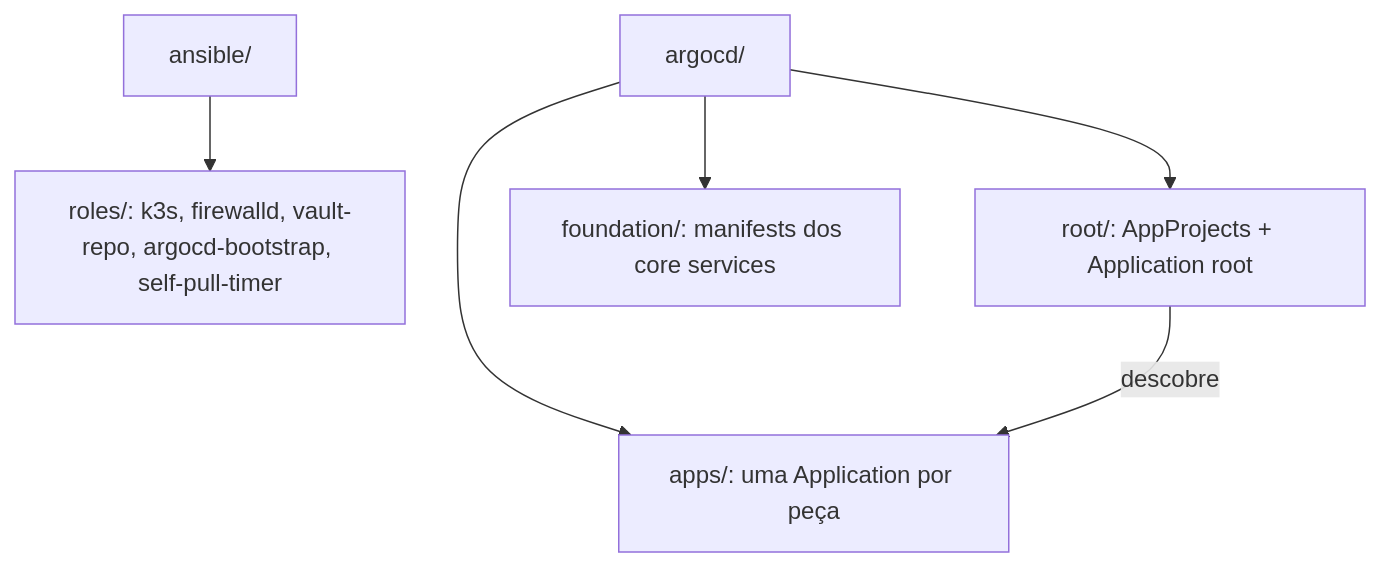
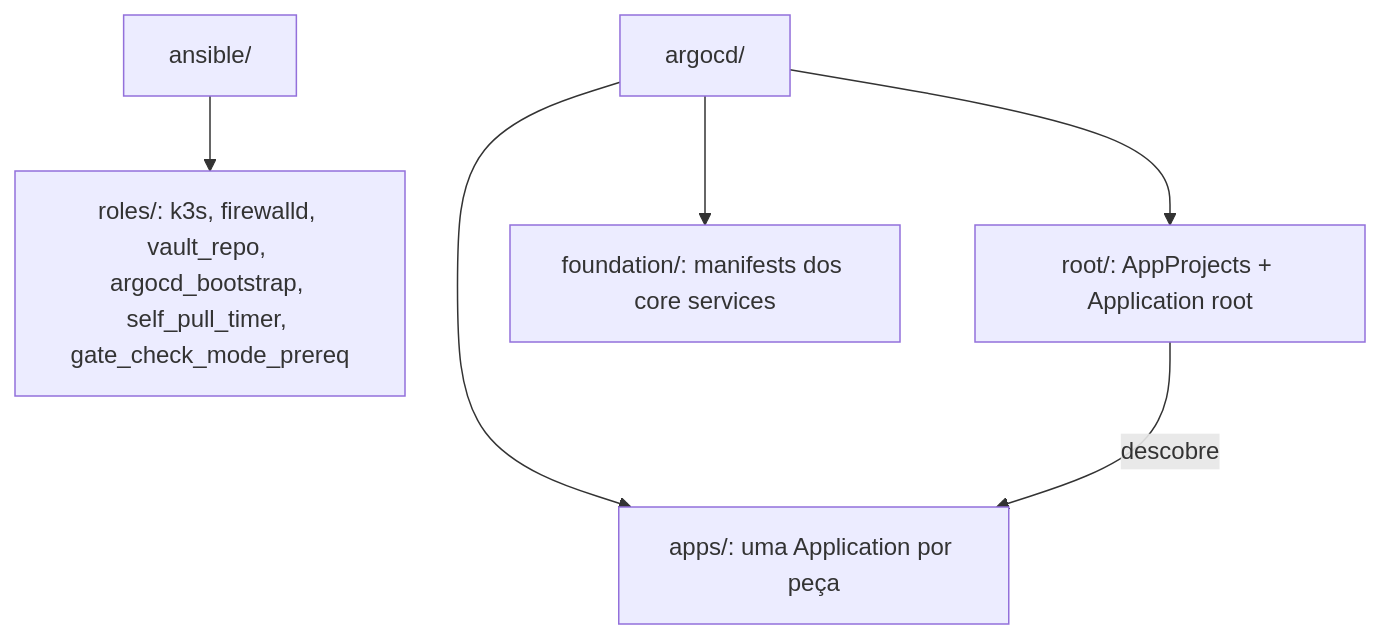
The first of 2 diagrams in docs/arquitetura/estrutura.md (ladesa-ro/infrastructure), drawn with Mermaid before and after one commit. The commit also changed other lines of this file and 16 other files, not shown here.

Commit message:
refactor(ansible): rename roles and vars to satisfy lint naming rules

````diff
--- a/docs/arquitetura/estrutura.md
+++ b/docs/arquitetura/estrutura.md
@@ -27,8 +28,8 @@
 ```mermaid
 flowchart TB
-    Ansible[ansible/] --> Roles[roles/: k3s, firewalld, vault-repo, argocd-bootstrap, self-pull-timer]
+    Ansible[ansible/] --> Roles[roles/: k3s, firewalld, vault_repo, argocd_bootstrap, self_pull_timer, gate_check_mode_prereq]
     ArgoCD[argocd/] --> Root[root/: AppProjects + Application root]
     ArgoCD --> Apps[apps/: uma Application por peça]
     ArgoCD --> Foundation[foundation/: manifests dos core services]
     Root -->|descobre| Apps
 ```
````
